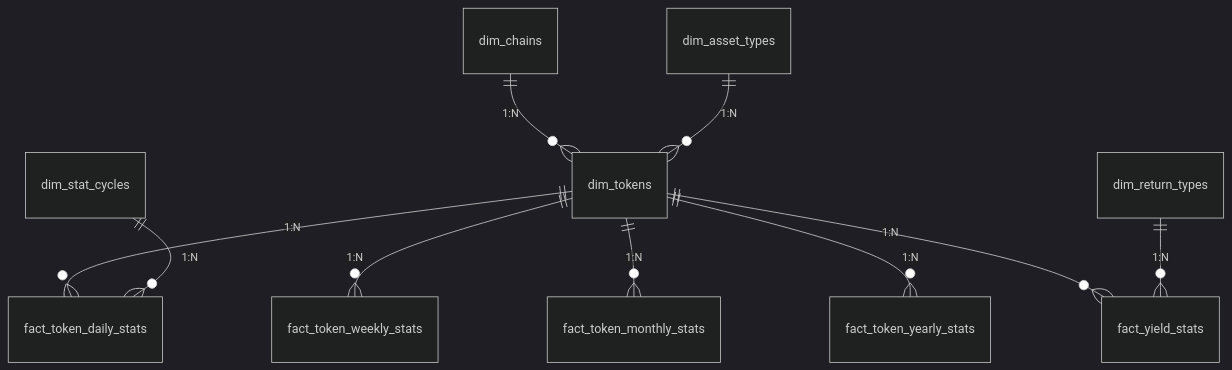
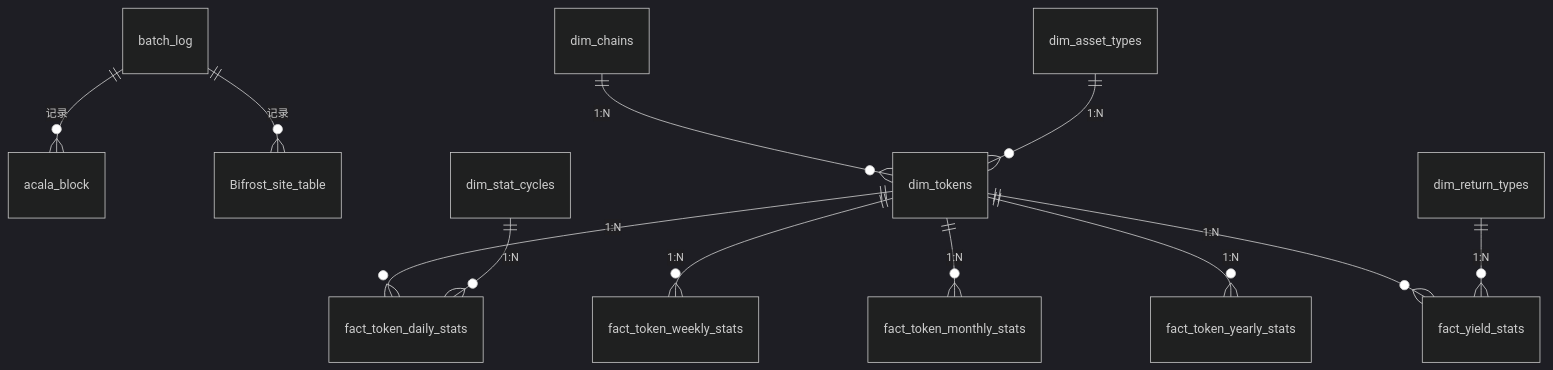
The diagram in doc/cn/database.md (Query-Web3/queryweb3-extractor), drawn with Mermaid (dark theme) before and after one commit. The commit also changed other lines of this file and 15 other files, not shown here.

````diff
--- a/doc/cn/database.md
+++ b/doc/cn/database.md
@@ -10,12 +28,15 @@
 ```mermaid
 erDiagram
+    batch_log ||--o{ acala_block : "记录"
+    batch_log ||--o{ Bifrost_site_table : "记录"
+    
     dim_tokens ||--o{ fact_token_daily_stats : "1:N"
     dim_tokens ||--o{ fact_token_weekly_stats : "1:N"
     dim_tokens ||--o{ fact_token_monthly_stats : "1:N" 
     dim_tokens ||--o{ fact_token_yearly_stats : "1:N"
     dim_tokens ||--o{ fact_yield_stats : "1:N"
     dim_chains ||--o{ dim_tokens : "1:N"
     dim_asset_types ||--o{ dim_tokens : "1:N"
     dim_return_types ||--o{ fact_yield_stats : "1:N"
     dim_stat_cycles ||--o{ fact_token_daily_stats : "1:N"
 ```
````
